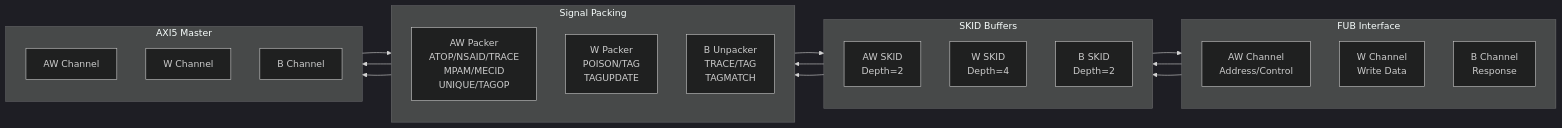
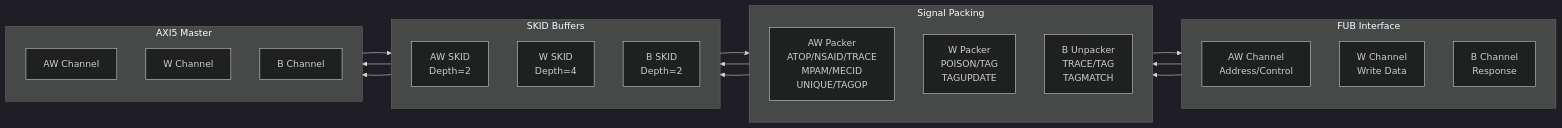
The diagram in docs/markdown/rtl-amba/axi5/axi5_master_wr.md (sean-galloway/RTLDesignSherpa), drawn with Mermaid (dark theme) before and after one commit. The commit also changed 31 other files, not shown here.

````diff
--- a/docs/markdown/rtl-amba/axi5/axi5_master_wr.md
+++ b/docs/markdown/rtl-amba/axi5/axi5_master_wr.md
@@ -196,42 +196,42 @@
 ```mermaid
 flowchart LR
     subgraph FUB["FUB Interface"]
         direction TB
         fub_aw["AW Channel<br/>Address/Control"]
         fub_w["W Channel<br/>Write Data"]
         fub_b["B Channel<br/>Response"]
     end
 
     subgraph SKID["SKID Buffers"]
         direction TB
         aw_skid["AW SKID<br/>Depth=2"]
         w_skid["W SKID<br/>Depth=4"]
         b_skid["B SKID<br/>Depth=2"]
     end
 
     subgraph PACK["Signal Packing"]
         direction TB
         aw_pack["AW Packer<br/>ATOP/NSAID/TRACE<br/>MPAM/MECID<br/>UNIQUE/TAGOP"]
         w_pack["W Packer<br/>POISON/TAG<br/>TAGUPDATE"]
         b_unpack["B Unpacker<br/>TRACE/TAG<br/>TAGMATCH"]
     end
 
     subgraph AXI["AXI5 Master"]
         direction TB
         m_aw["AW Channel"]
         m_w["W Channel"]
         m_b["B Channel"]
     end
 
-    fub_aw --> aw_skid
-    aw_skid --> aw_pack
-    aw_pack --> m_aw
+    fub_aw --> aw_pack
+    aw_pack --> aw_skid
+    aw_skid --> m_aw
 
-    fub_w --> w_skid
-    w_skid --> w_pack
-    w_pack --> m_w
+    fub_w --> w_pack
+    w_pack --> w_skid
+    w_skid --> m_w
 
-    m_b --> b_unpack
-    b_unpack --> b_skid
-    b_skid --> fub_b
+    m_b --> b_skid
+    b_skid --> b_unpack
+    b_unpack --> fub_b
 ```
````
